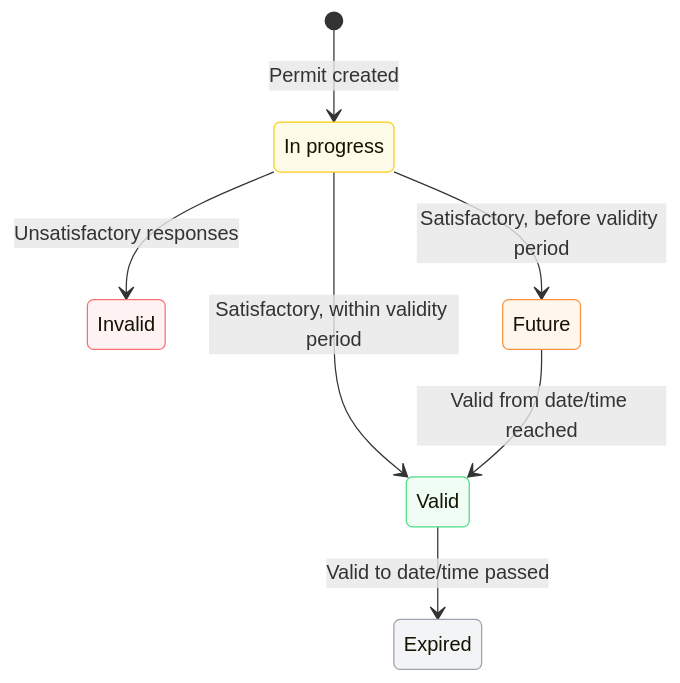
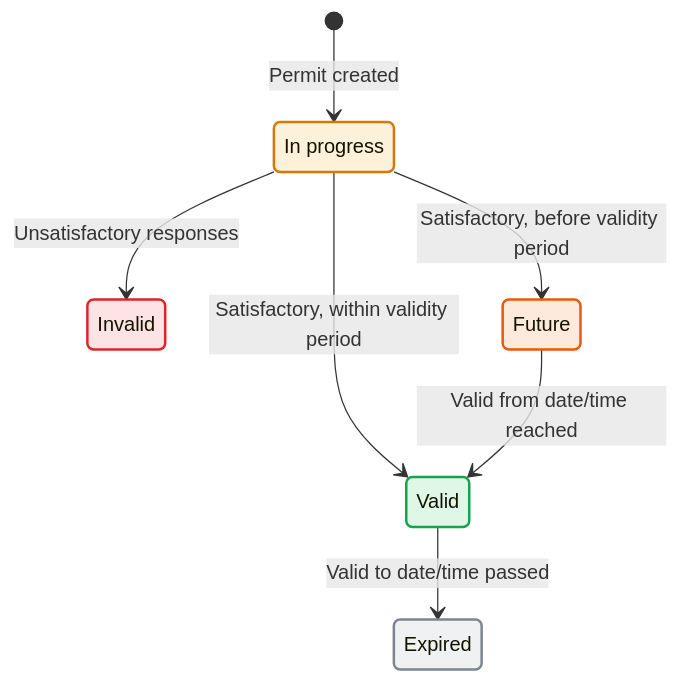
The diagram in docs/drafts/permits-to-work.md (opus-safety/opus-knowledge-base), drawn with Mermaid before and after one commit.

Commit message:
Update permits to work
Published via More Buttons Chrome Extension

````diff
--- a/docs/drafts/permits-to-work.md
+++ b/docs/drafts/permits-to-work.md
@@ -28,25 +28,25 @@
     ```mermaid
     ---
     config:
       layout: dagre
     ---
     stateDiagram
       direction TB
-      classDef inProgress stroke:#facc15,fill:#fefce8;
-      classDef invalid stroke:#f87171,fill:#fef2f2;
-      classDef future stroke:#fb923c,fill:#fff7ed;
-      classDef valid stroke:#4ade80,fill:#f0fdf4;
-      classDef expired stroke:#9ca3af,fill:#f3f4f6;
+      classDef inProgress stroke:#d97706,fill:#f59e0b26,stroke-width:2px;
+      classDef invalid stroke:#dc2626,fill:#ef444426,stroke-width:2px;
+      classDef future stroke:#ea580c,fill:#f9731626,stroke-width:2px;
+      classDef valid stroke:#16a34a,fill:#22c55e26,stroke-width:2px;
+      classDef expired stroke:#7d8590,fill:#9ca3af26,stroke-width:2px;
       [*] --> InProgress:Permit created
       InProgress --> Invalid:Unsatisfactory responses
       InProgress --> Future:Satisfactory, before validity period
       InProgress --> Valid:Satisfactory, within validity period
       Future --> Valid:Valid from date/time reached
       Valid --> Expired:Valid to date/time passed
       InProgress:In progress
       class InProgress inProgress
       class Invalid invalid
       class Future future
       class Valid valid
       class Expired expired
     ```
````
